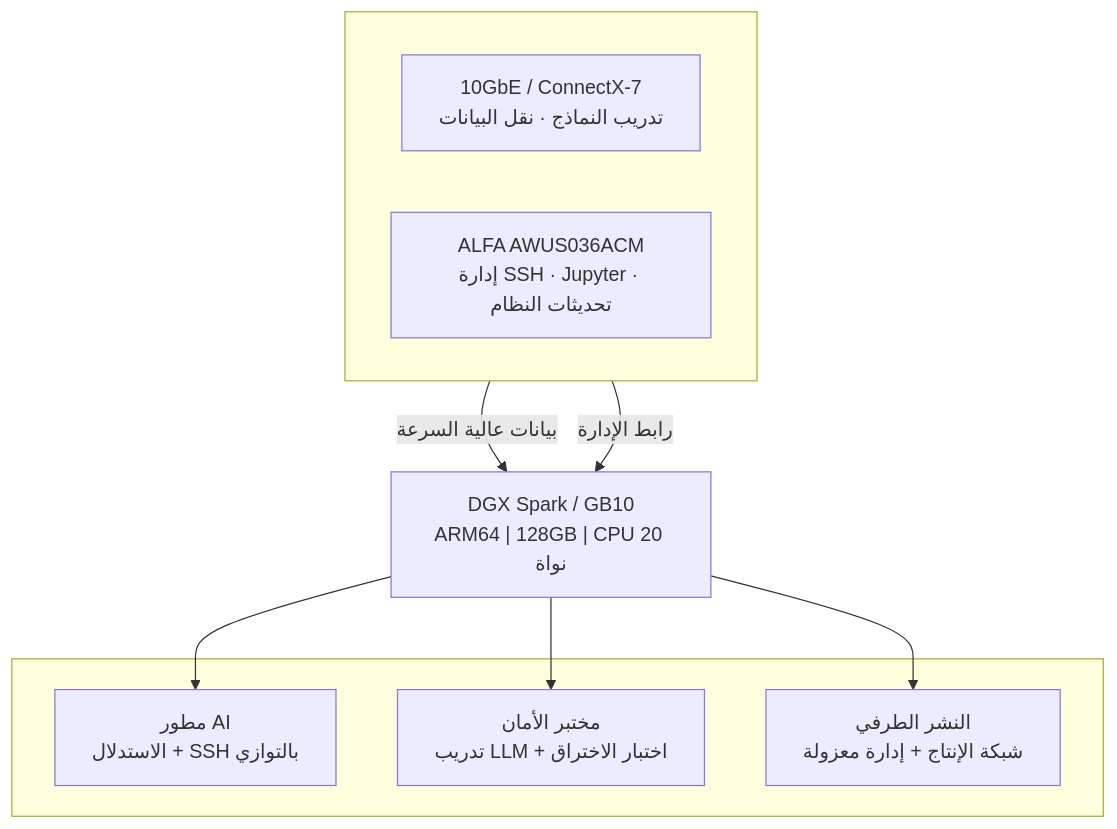
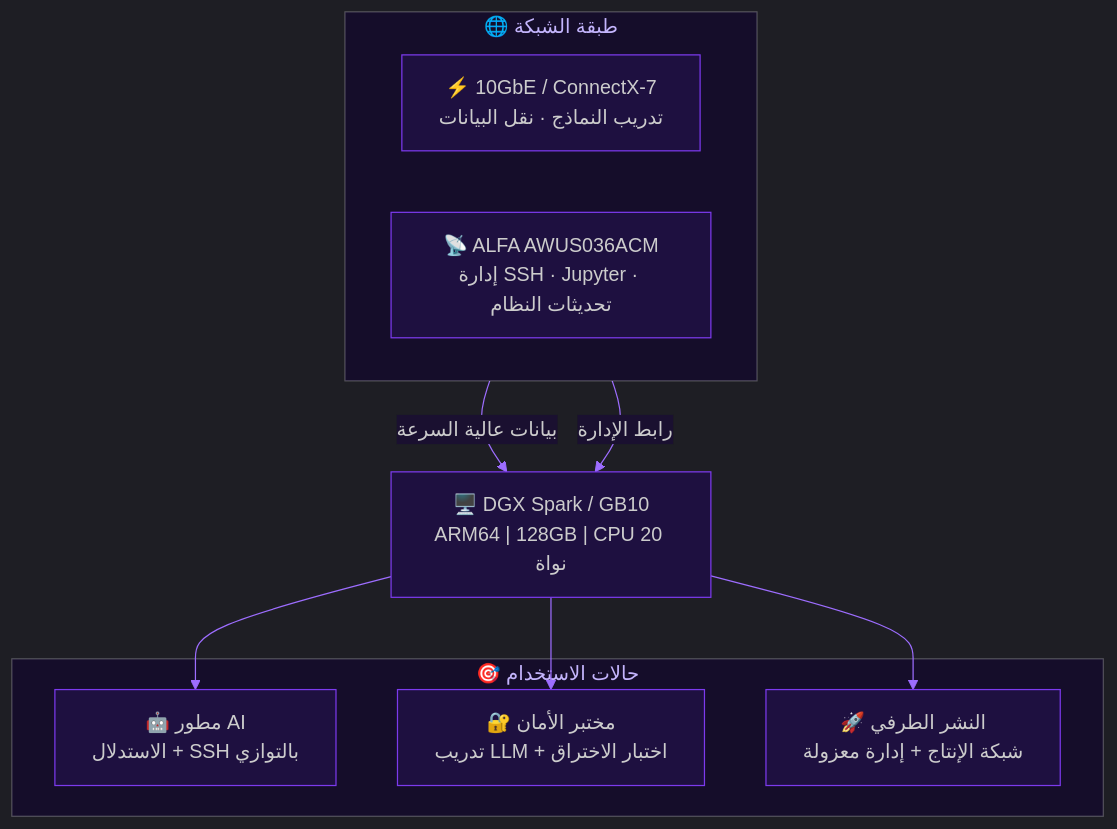
The diagram in content/ar/blog/dgx-spark-gb10-wifi-alfa-usb-fix/_index.md (yopitek/yupitek_official_web), drawn with Mermaid before and after one commit. The commit also changed 9 other files, not shown here.

First line of the commit message:
style: upgrade mermaid diagram to cyber purple theme (all 10 languages)

````diff
--- a/content/ar/blog/dgx-spark-gb10-wifi-alfa-usb-fix/_index.md
+++ b/content/ar/blog/dgx-spark-gb10-wifi-alfa-usb-fix/_index.md
@@ -217,22 +217,23 @@
 ```mermaid
+%%{init:{"theme":"dark","themeVariables":{"primaryColor":"#2d1f4e","primaryTextColor":"#e2d9f3","primaryBorderColor":"#7c3aed","lineColor":"#9d6dff","secondaryColor":"#1a1030","tertiaryColor":"#0e0818","background":"#0e0818","mainBkg":"#1e1040","nodeBorder":"#7c3aed","clusterBkg":"#150d2a","titleColor":"#c4b5fd","edgeLabelBackground":"#1a1030","attributeBackgroundColorEven":"#1e1040","attributeBackgroundColorOdd":"#150d2a"}}}%%
 flowchart TD
-    subgraph الشبكة[" "]
+    subgraph sub1["🌐 طبقة الشبكة"]
         direction LR
-        A["10GbE / ConnectX-7<br/>تدريب النماذج · نقل البيانات"]
-        B["ALFA AWUS036ACM<br/>إدارة SSH · Jupyter · تحديثات النظام"]
+        A["⚡ 10GbE / ConnectX-7<br/>تدريب النماذج · نقل البيانات"]
+        B["📡 ALFA AWUS036ACM<br/>إدارة SSH · Jupyter · تحديثات النظام"]
     end
 
-    C["DGX Spark / GB10<br/>ARM64 | 128GB | CPU 20 نواة"]
+    C["🖥️ DGX Spark / GB10<br/>ARM64 | 128GB | CPU 20 نواة"]
 
-    subgraph حالات_الاستخدام[" "]
-        D["مطور AI<br/>الاستدلال + SSH بالتوازي"]
-        E["مختبر الأمان<br/>تدريب LLM + اختبار الاختراق"]
-        F["النشر الطرفي<br/>شبكة الإنتاج + إدارة معزولة"]
+    subgraph sub2["🎯 حالات الاستخدام"]
+        D["🤖 مطور AI<br/>الاستدلال + SSH بالتوازي"]
+        E["🔐 مختبر الأمان<br/>تدريب LLM + اختبار الاختراق"]
+        F["🚀 النشر الطرفي<br/>شبكة الإنتاج + إدارة معزولة"]
     end
 
     A -->|بيانات عالية السرعة| C
     B -->|رابط الإدارة| C
     C --> D
     C --> E
     C --> F
 ```
````
